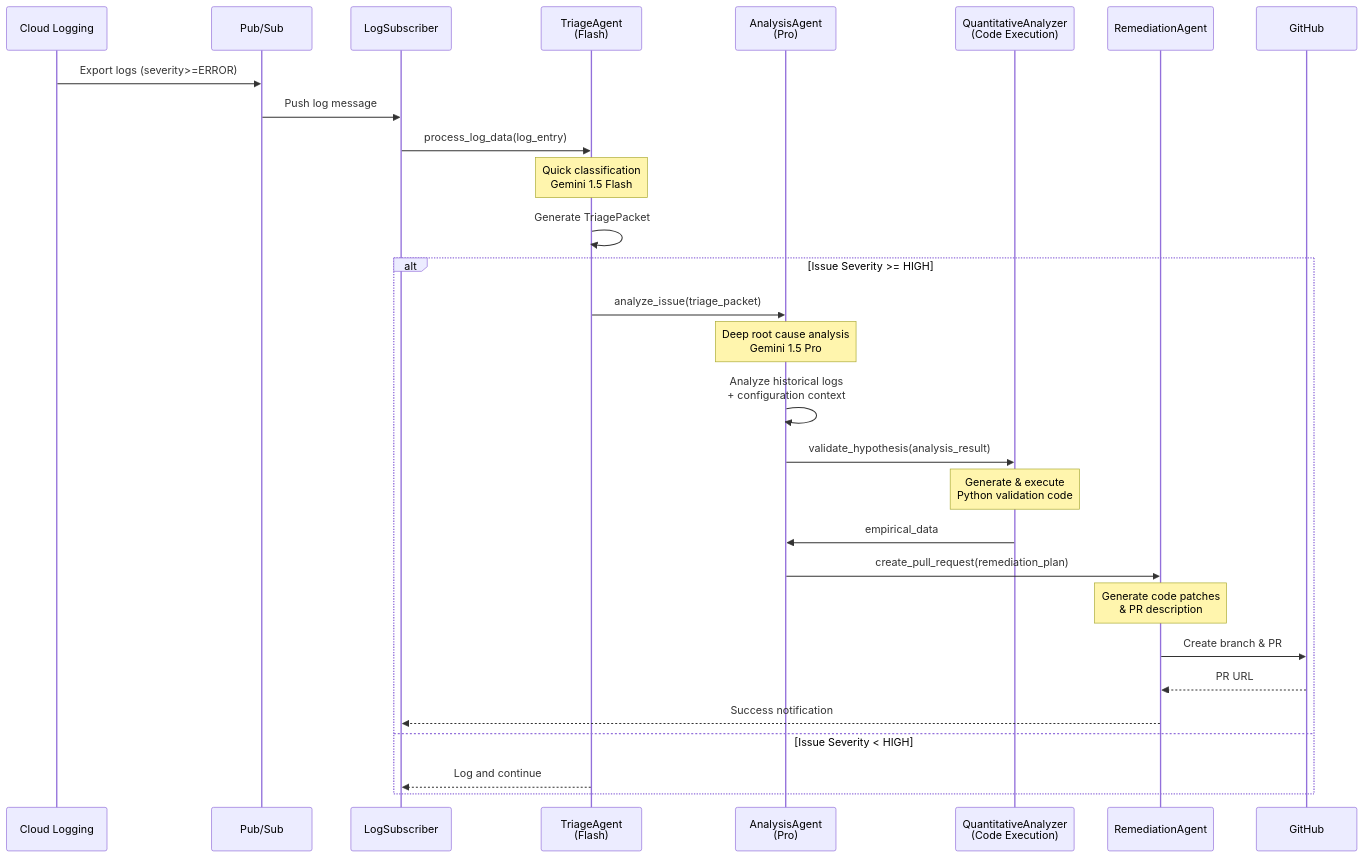
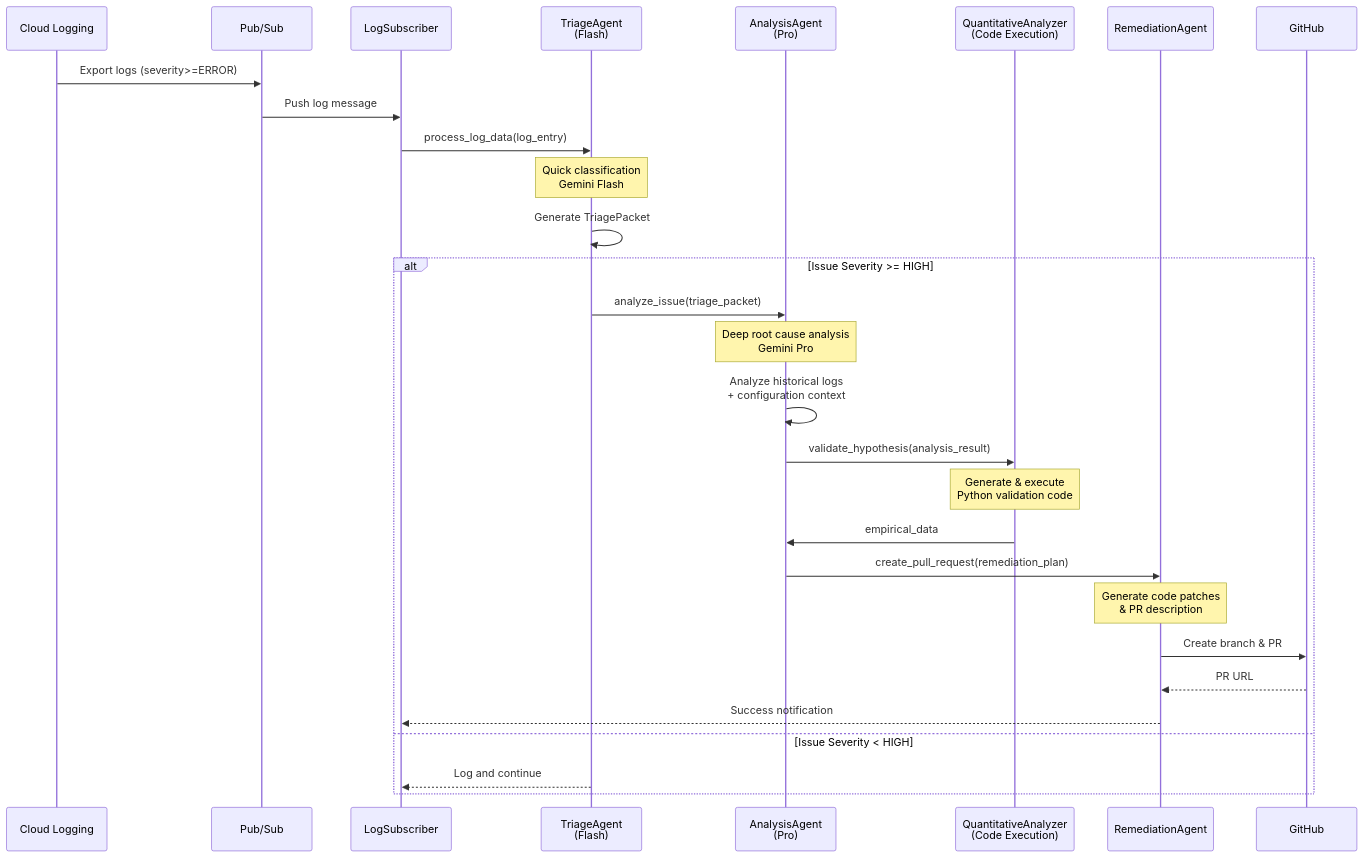
The diagram in docs/ARCHITECTURE.md (khael-kun-cmd/gemini-sre-agent), drawn with Mermaid before and after one commit. The commit also changed other lines of this file and 3 other files, not shown here.

````diff
--- a/docs/ARCHITECTURE.md
+++ b/docs/ARCHITECTURE.md
@@ -41,38 +41,38 @@
 ```mermaid
 sequenceDiagram
     participant CL as Cloud Logging
     participant PS as Pub/Sub
     participant LS as LogSubscriber
     participant TA as TriageAgent<br/>(Flash)
     participant AA as AnalysisAgent<br/>(Pro)
     participant QA as QuantitativeAnalyzer<br/>(Code Execution)
     participant RA as RemediationAgent
     participant GH as GitHub
 
     CL->>PS: Export logs (severity>=ERROR)
     PS->>LS: Push log message
     LS->>TA: process_log_data(log_entry)
     
-    Note over TA: Quick classification<br/>Gemini 1.5 Flash
+    Note over TA: Quick classification<br/>Gemini Flash
     TA->>TA: Generate TriagePacket
     
     alt Issue Severity >= HIGH
         TA->>AA: analyze_issue(triage_packet)
         
-        Note over AA: Deep root cause analysis<br/>Gemini 1.5 Pro
+        Note over AA: Deep root cause analysis<br/>Gemini Pro
         AA->>AA: Analyze historical logs<br/>+ configuration context
         
         AA->>QA: validate_hypothesis(analysis_result)
         Note over QA: Generate & execute<br/>Python validation code
         QA->>AA: empirical_data
         
         AA->>RA: create_pull_request(remediation_plan)
         Note over RA: Generate code patches<br/>& PR description
         RA->>GH: Create branch & PR
         GH-->>RA: PR URL
         
         RA-->>LS: Success notification
     else Issue Severity < HIGH
         TA-->>LS: Log and continue
     end
 ```
````
